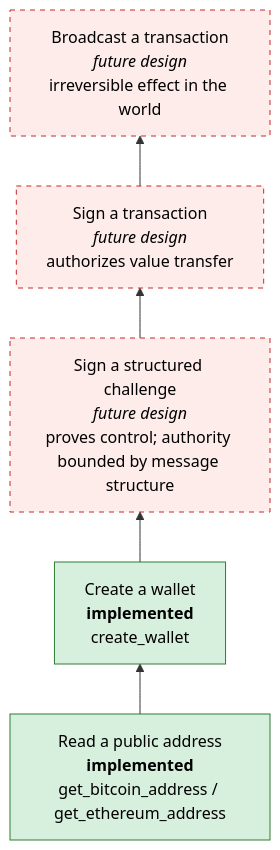
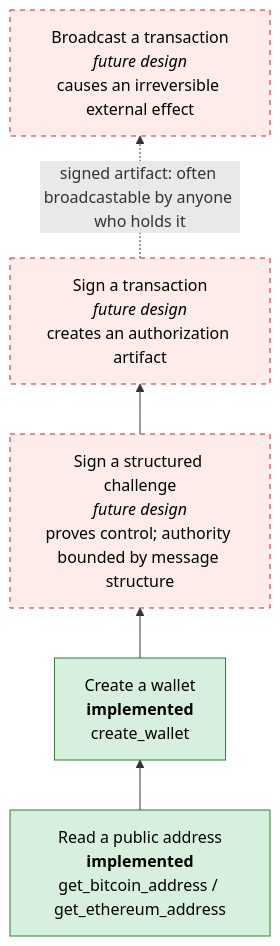
The diagram in docs/capability/01-model-cryptographic-authority.md (cognokratos/arktos-wallet), drawn with Mermaid before and after one commit. The commit also changed other lines of this file and 15 other files, not shown here.

````diff
--- a/docs/capability/01-model-cryptographic-authority.md
+++ b/docs/capability/01-model-cryptographic-authority.md
@@ -71,13 +73,14 @@
 ```mermaid
 flowchart BT
     a["Read a public address<br/><b>implemented</b><br/>get_bitcoin_address / get_ethereum_address"]
     b["Create a wallet<br/><b>implemented</b><br/>create_wallet"]
     c["Sign a structured challenge<br/><i>future design</i><br/>proves control; authority bounded by message structure"]
-    d["Sign a transaction<br/><i>future design</i><br/>authorizes value transfer"]
-    e["Broadcast a transaction<br/><i>future design</i><br/>irreversible effect in the world"]
-    a --> b --> c --> d --> e
+    d["Sign a transaction<br/><i>future design</i><br/>creates an authorization artifact"]
+    e["Broadcast a transaction<br/><i>future design</i><br/>causes an irreversible external effect"]
+    a --> b --> c --> d
+    d -. "signed artifact: often broadcastable by anyone who holds it" .-> e
     classDef now fill:#d7f0dd,stroke:#2e7d32,color:#000
     classDef future fill:#fdecea,stroke:#c62828,color:#000,stroke-dasharray: 5 5
     class a,b now
     class c,d,e future
 ```
````
